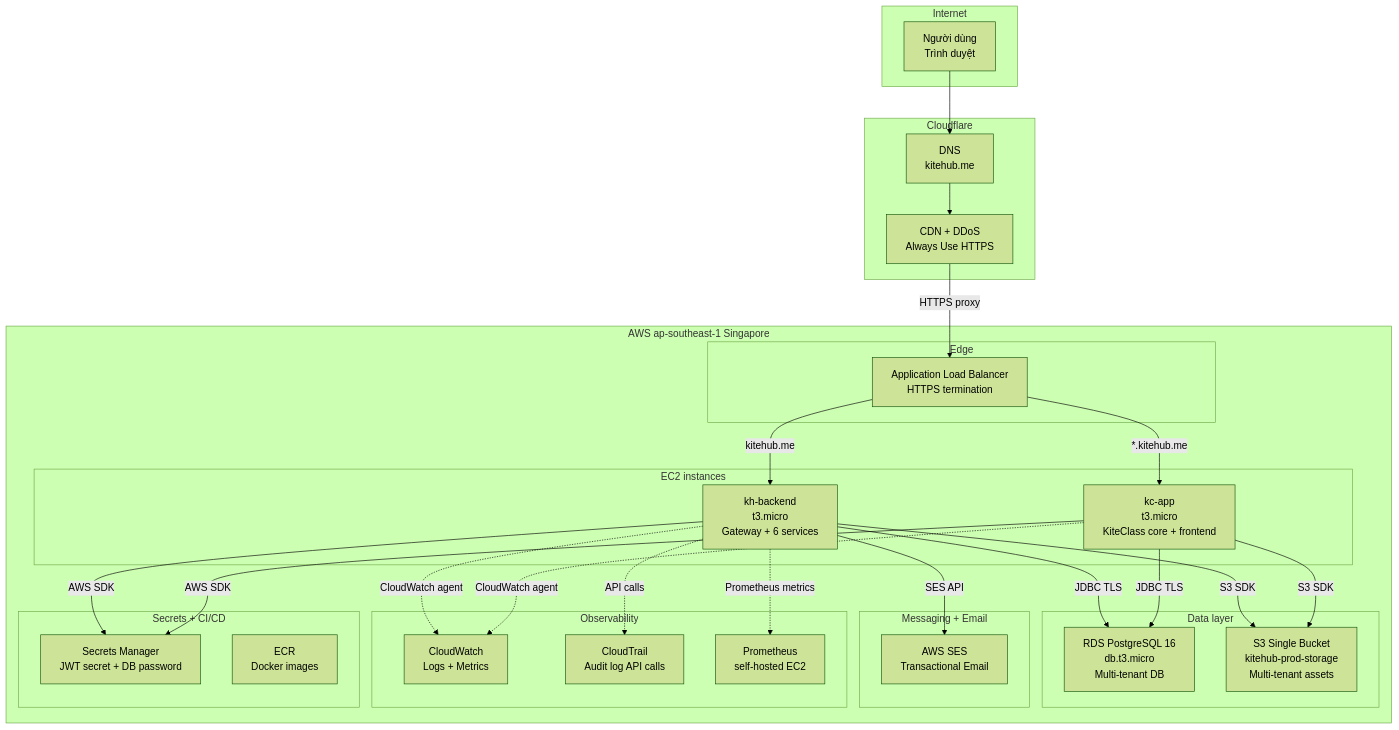
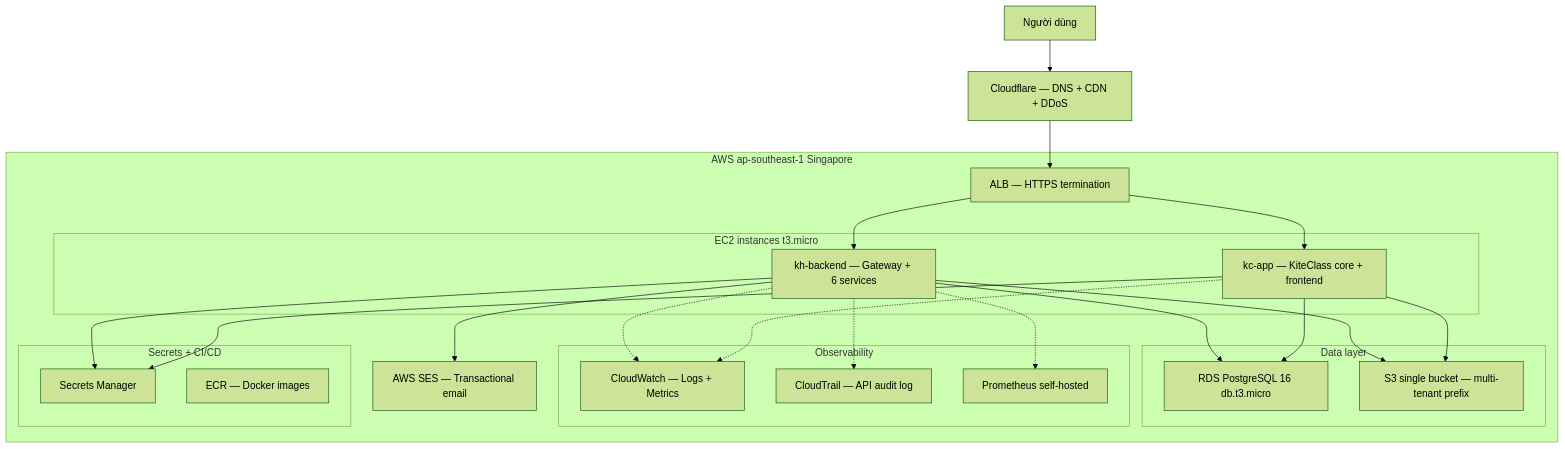
Before and after one commit to VictorAurelius/2026-Kite-Class-Platform: the first of 5 diagrams in documents/08-thesis/chapter-4-deployment-results.md, drawn with Mermaid (forest theme). The commit also changed other lines of this file and 13 other files, not shown here.

````diff
--- a/documents/08-thesis/chapter-4-deployment-results.md
+++ b/documents/08-thesis/chapter-4-deployment-results.md
@@ -42,59 +34,42 @@
 ```mermaid
 flowchart TB
-    subgraph "Internet"
-        User[Người dùng<br/>Trình duyệt]
-    end
+    User[Người dùng]
+    CF[Cloudflare — DNS + CDN + DDoS]
 
-    subgraph "Cloudflare"
-        CF_DNS[DNS<br/>kitehub.me]
-        CF_CDN[CDN + DDoS<br/>Always Use HTTPS]
-    end
-
-    subgraph "AWS ap-southeast-1 Singapore"
-        subgraph "Edge"
-            ALB[Application Load Balancer<br/>HTTPS termination]
+    subgraph AWS["AWS ap-southeast-1 Singapore"]
+        ALB[ALB — HTTPS termination]
+        subgraph EC2["EC2 instances t3.micro"]
+            EC2_KH[kh-backend — Gateway + 6 services]
+            EC2_KC[kc-app — KiteClass core + frontend]
         end
-
-        subgraph "EC2 instances"
-            EC2_KH[kh-backend<br/>t3.micro<br/>Gateway + 6 services]
-            EC2_KC[kc-app<br/>t3.micro<br/>KiteClass core + frontend]
+        subgraph Data["Data layer"]
+            RDS[RDS PostgreSQL 16 db.t3.micro]
+            S3[S3 single bucket — multi-tenant prefix]
         end
-
-        subgraph "Data layer"
-            RDS[RDS PostgreSQL 16<br/>db.t3.micro<br/>Multi-tenant DB]
-            S3[S3 Single Bucket<br/>kitehub-prod-storage<br/>Multi-tenant assets]
+        SES[AWS SES — Transactional email]
+        subgraph Obs["Observability"]
+            CW[CloudWatch — Logs + Metrics]
+            CT[CloudTrail — API audit log]
+            Prom[Prometheus self-hosted]
         end
-
-        subgraph "Messaging + Email"
-            SES[AWS SES<br/>Transactional Email]
-        end
-
-        subgraph "Observability"
-            CW[CloudWatch<br/>Logs + Metrics]
-            CT[CloudTrail<br/>Audit log API calls]
-            Prom[Prometheus<br/>self-hosted EC2]
-        end
-
-        subgraph "Secrets + CI/CD"
-            SM[Secrets Manager<br/>JWT secret + DB password]
-            ECR[ECR<br/>Docker images]
+        subgraph SecCI["Secrets + CI/CD"]
+            SM[Secrets Manager]
+            ECR[ECR — Docker images]
         end
     end
 
-    User --> CF_DNS
-    CF_DNS --> CF_CDN
-    CF_CDN -->|HTTPS proxy| ALB
-    ALB -->|kitehub.me| EC2_KH
-    ALB -->|*.kitehub.me| EC2_KC
-    EC2_KH -->|JDBC TLS| RDS
-    EC2_KC -->|JDBC TLS| RDS
-    EC2_KH -->|S3 SDK| S3
-    EC2_KC -->|S3 SDK| S3
-    EC2_KH -->|SES API| SES
-    EC2_KH -.->|CloudWatch agent| CW
-    EC2_KC -.->|CloudWatch agent| CW
-    EC2_KH -.->|API calls| CT
-    EC2_KH -.->|Prometheus metrics| Prom
-    EC2_KH -->|AWS SDK| SM
-    EC2_KC -->|AWS SDK| SM
+    User --> CF --> ALB
+    ALB --> EC2_KH
+    ALB --> EC2_KC
+    EC2_KH --> RDS
+    EC2_KC --> RDS
+    EC2_KH --> S3
+    EC2_KC --> S3
+    EC2_KH --> SES
+    EC2_KH -.-> CW
+    EC2_KC -.-> CW
+    EC2_KH -.-> CT
+    EC2_KH -.-> Prom
+    EC2_KH --> SM
+    EC2_KC --> SM
 ```
````
